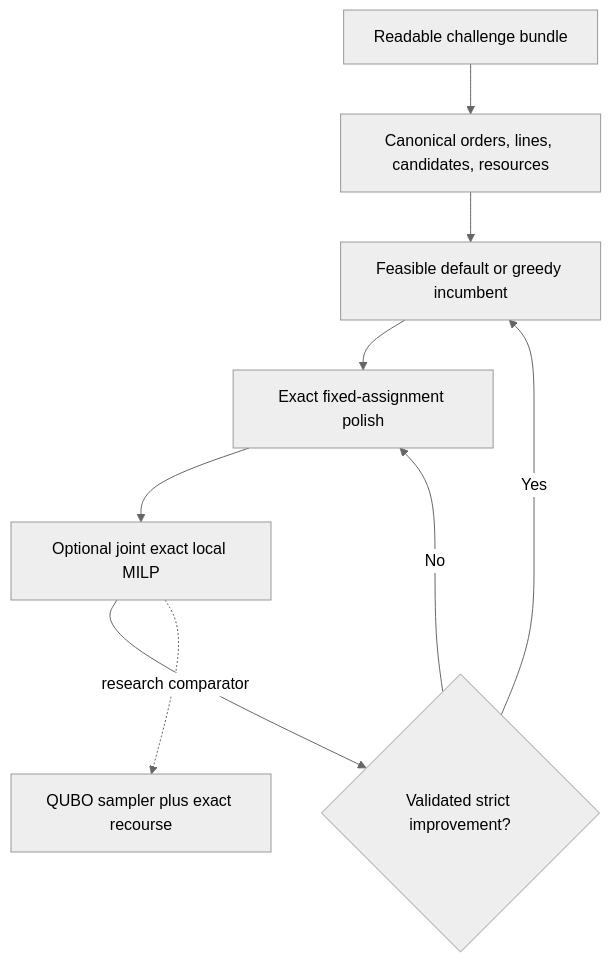
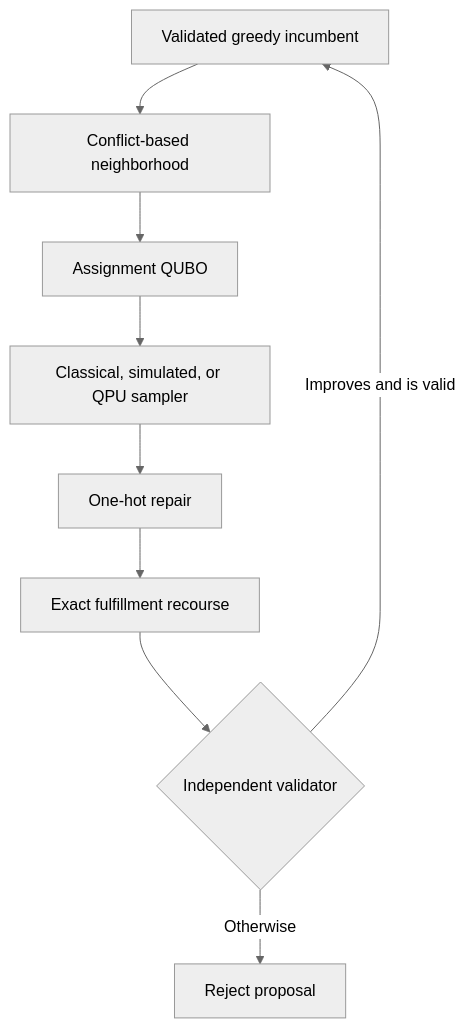
One commit to apomorovv/wiser-dom-optimization changed the diagram in README.md. Above: the diagram before and after it, drawn with Mermaid (neutral theme). The commit also changed other lines of this file and 112 other files, not shown here.

````diff
--- a/README.md
+++ b/README.md
@@ -69,11 +64,11 @@
 ```mermaid
 flowchart TD
-    A["Readable challenge bundle"] --> B["Canonical orders, lines, candidates, resources"]
-    B --> C["Feasible default or greedy incumbent"]
-    C --> D["Exact fixed-assignment polish"]
-    D --> E["Optional joint exact local MILP"]
-    E --> F{"Validated strict improvement?"}
-    F -->|Yes| C
-    F -->|No| D
-    E -. research comparator .-> G["QUBO sampler plus exact recourse"]
+    A["Validated greedy incumbent"] --> B["Conflict-based neighborhood"]
+    B --> C["Assignment QUBO"]
+    C --> D["Classical, simulated, or QPU sampler"]
+    D --> E["One-hot repair"]
+    E --> F["Exact fulfillment recourse"]
+    F --> G{"Independent validator"}
+    G -->|Improves and is valid| A
+    G -->|Otherwise| H["Reject proposal"]
 ```
````
